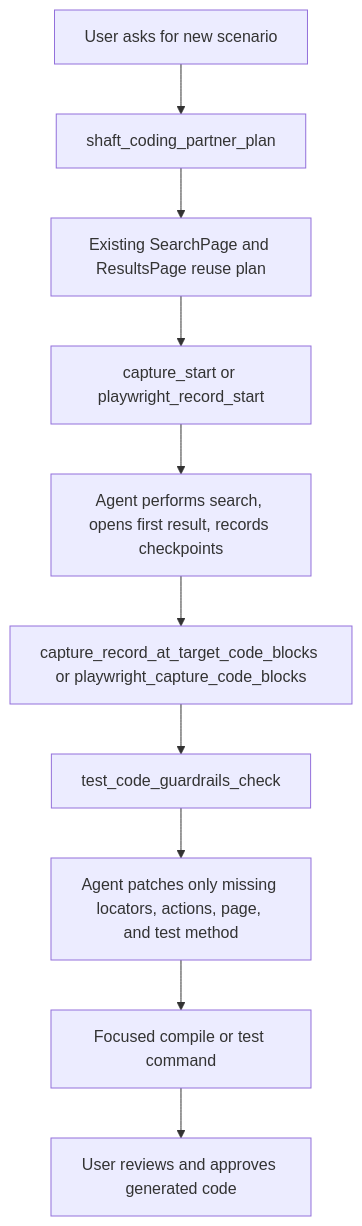
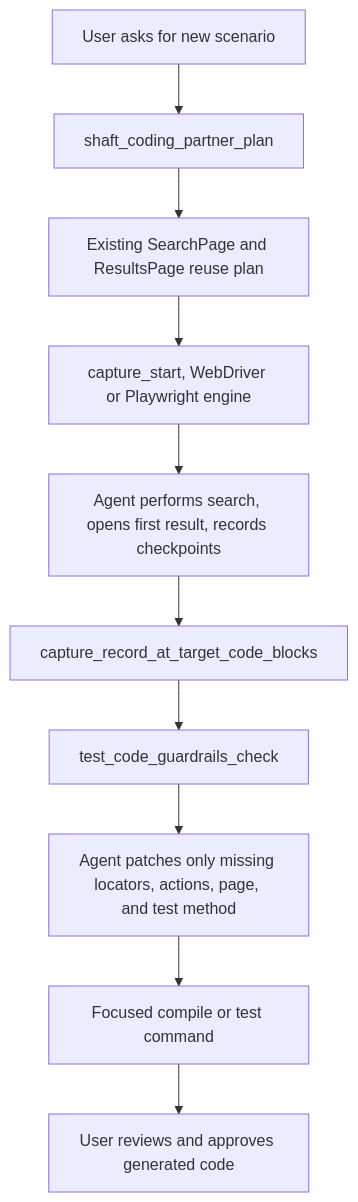
One commit to ShaftHQ/shafthq.github.io changed the second of 4 diagrams in docs/agentic/intellij.md. Above: the diagram before and after it, drawn with Mermaid. The commit also changed other lines of this file and 6 other files, not shown here.

````diff
--- a/docs/agentic/intellij.md
+++ b/docs/agentic/intellij.md
@@ -300,12 +300,12 @@
 ```mermaid
 flowchart TD
     Prompt[User asks for new scenario] --> Plan[shaft_coding_partner_plan]
     Plan --> Reuse[Existing SearchPage and ResultsPage reuse plan]
-    Reuse --> Record[capture_start or playwright_record_start]
+    Reuse --> Record[capture_start, WebDriver or Playwright engine]
     Record --> Browser[Agent performs search, opens first result, records checkpoints]
-    Browser --> Codegen[capture_record_at_target_code_blocks or playwright_capture_code_blocks]
+    Browser --> Codegen[capture_record_at_target_code_blocks]
     Codegen --> Guardrails[test_code_guardrails_check]
     Guardrails --> Patch[Agent patches only missing locators, actions, page, and test method]
     Patch --> Verify[Focused compile or test command]
     Verify --> Approval[User reviews and approves generated code]
 ```
````
